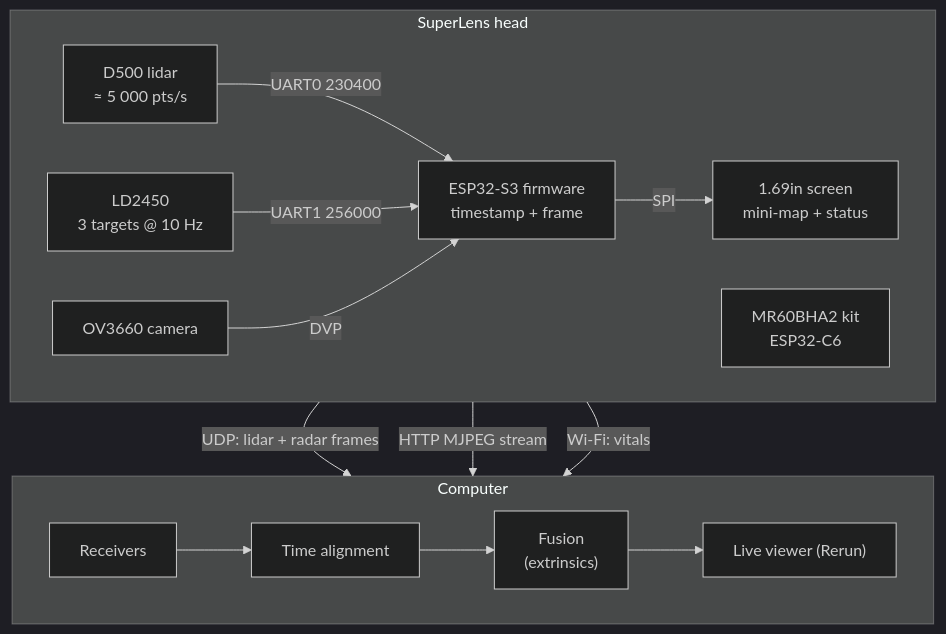
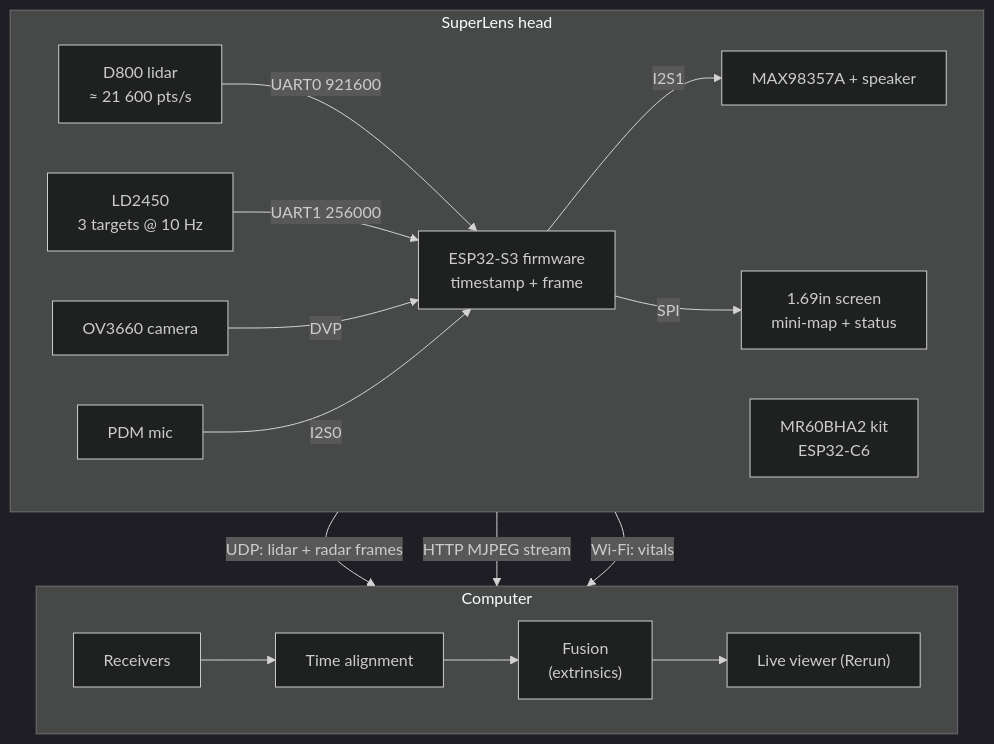
One commit to SebastienTr/Marvin changed the diagram in docs/architecture.md. Above: the diagram before and after it, drawn with Mermaid (dark theme). The commit also changed other lines of this file and 20 other files, not shown here.

First line of the commit message:
Rev D: microphone and speaker, D800 lidar as reference

````diff
--- a/docs/architecture.md
+++ b/docs/architecture.md
@@ -7,19 +7,21 @@
 ```mermaid
 flowchart TB
   subgraph Device["SuperLens head"]
     direction LR
-    LID["D500 lidar<br/>≈ 5 000 pts/s"] -->|UART0 230400| FW
+    LID["D800 lidar<br/>≈ 21 600 pts/s"] -->|UART0 921600| FW
     LD2450["LD2450<br/>3 targets @ 10 Hz"] -->|UART1 256000| FW
     CAM["OV3660 camera"] -->|DVP| FW
+    MIC["PDM mic"] -->|I2S0| FW
+    FW -->|"I2S1"| SPK["MAX98357A + speaker"]
     FW["ESP32-S3 firmware<br/>timestamp + frame"]
     FW -->|"SPI"| LCD["1.69in screen<br/>mini-map + status"]
     MR60["MR60BHA2 kit<br/>ESP32-C6"]
   end
   FW -->|"UDP: lidar + radar frames"| HOST
   FW -->|"HTTP MJPEG stream"| HOST
   MR60 -->|"Wi-Fi: vitals"| HOST
   subgraph HOST["Computer"]
     direction LR
     RX["Receivers"] --> SYNC["Time alignment"] --> FUSE["Fusion<br/>(extrinsics)"] --> VIEW["Live viewer (Rerun)"]
   end
 ```
````
